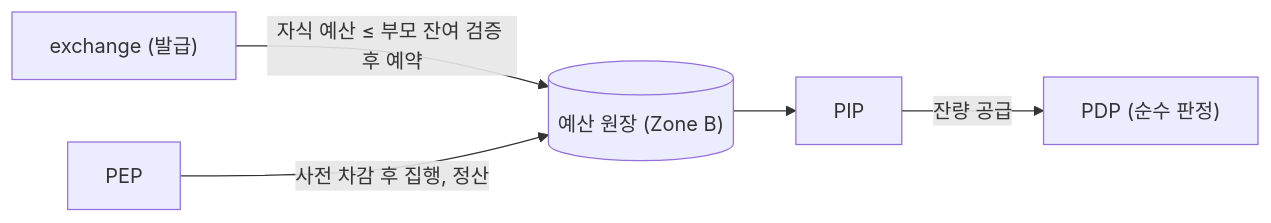
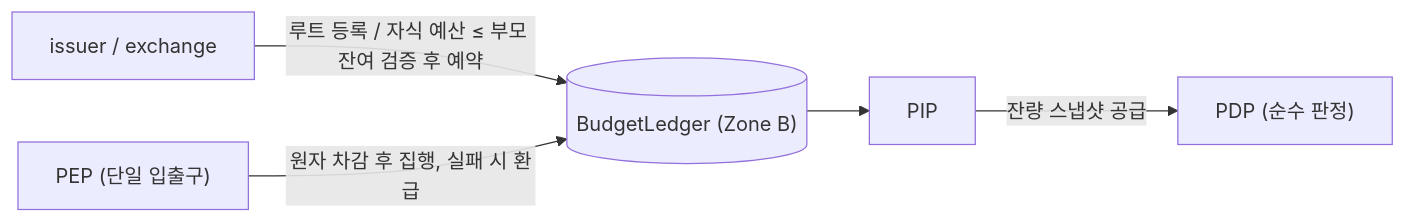
The diagram in docs/로드맵/12-예산-축소-위임/ROADMAP.md (RadiantCitron/authz-harness), drawn with Mermaid before and after one commit. The commit also changed other lines of this file and 5 other files, not shown here.

Commit message:
docs(roadmap-12): 실제 코드 대조 기반 010~050 지시서 및 설계 6대 정합성 함정 보강

````diff
--- a/docs/로드맵/12-예산-축소-위임/ROADMAP.md
+++ b/docs/로드맵/12-예산-축소-위임/ROADMAP.md
@@ -17,7 +17,7 @@
 ```mermaid
 flowchart LR
-  E["exchange (발급)"] -->|"자식 예산 ≤ 부모 잔여 검증 후 예약"| L[("예산 원장 (Zone B)")]
-  I["PIP"] -->|"잔량 공급"| D["PDP (순수 판정)"]
+  E["issuer / exchange"] -->|"루트 등록 / 자식 예산 ≤ 부모 잔여 검증 후 예약"| L[("BudgetLedger (Zone B)")]
+  I["PIP"] -->|"잔량 스냅샷 공급"| D["PDP (순수 판정)"]
   L --> I
-  P["PEP"] -->|"사전 차감 후 집행, 정산"| L
+  P["PEP (단일 입출구)"] -->|"원자 차감 후 집행, 실패 시 환급"| L
 ```
````
